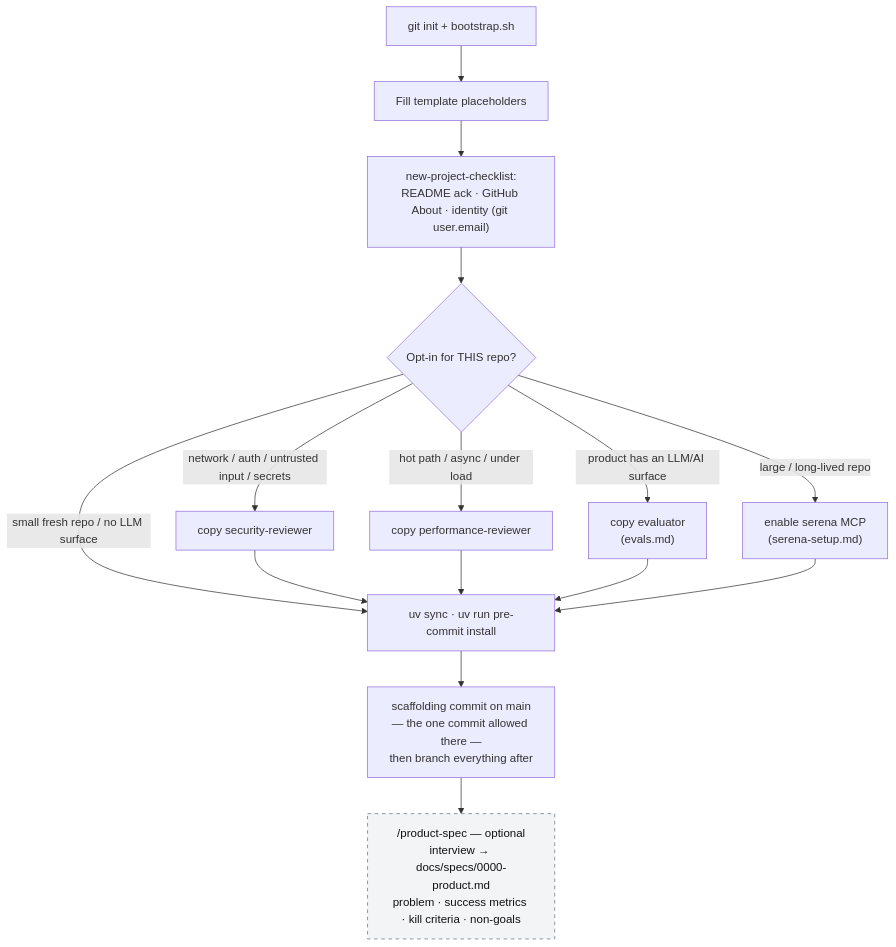
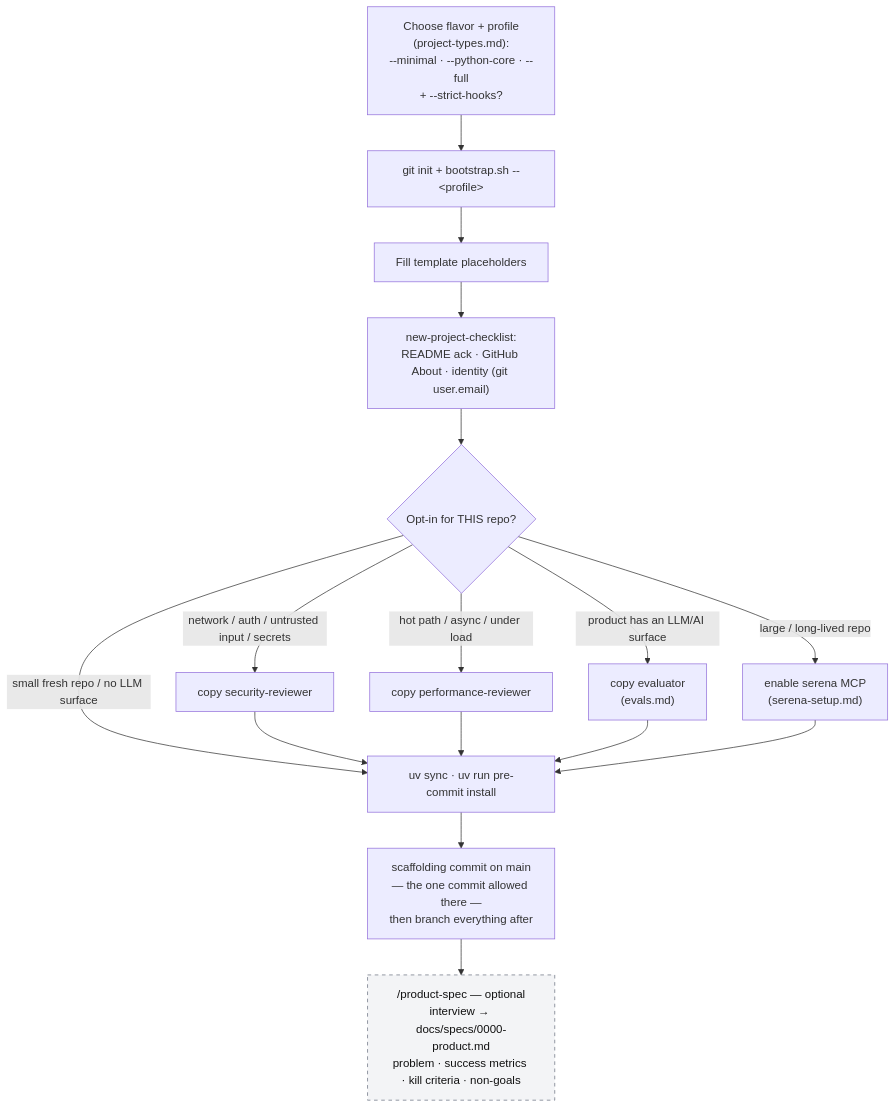
The second of 6 diagrams in python/docs/workflow-diagram.md (bbirkinbine/agentic-scaffold), drawn with Mermaid before and after one commit. The commit also changed other lines of this file and 9 other files, not shown here.

First line of the commit message:
Add project-types orientation doc and artifact-authoring flows

````diff
--- a/python/docs/workflow-diagram.md
+++ b/python/docs/workflow-diagram.md
@@ -38,20 +71,21 @@
 ```mermaid
 flowchart TD
-    A["git init + bootstrap.sh"] --> B["Fill template placeholders"]
+    A0["Choose flavor + profile<br/>(project-types.md):<br/>--minimal · --python-core · --full<br/>+ --strict-hooks?"] --> A["git init + bootstrap.sh --&lt;profile&gt;"]
+    A --> B["Fill template placeholders"]
     B --> C["new-project-checklist:<br/>README ack · GitHub About · identity (git user.email)"]
     C --> D{"Opt-in for THIS repo?"}
     D -->|"network / auth / untrusted input / secrets"| D1["copy security-reviewer"]
     D -->|"hot path / async / under load"| D2["copy performance-reviewer"]
     D -->|"product has an LLM/AI surface"| D4["copy evaluator<br/>(evals.md)"]
     D -->|"large / long-lived repo"| D3["enable serena MCP<br/>(serena-setup.md)"]
     D -->|"small fresh repo / no LLM surface"| E
     D1 --> E
     D2 --> E
     D4 --> E
     D3 --> E
     E["uv sync · uv run pre-commit install"] --> F["scaffolding commit on main<br/>— the one commit allowed there —<br/>then branch everything after"]
     F --> G["/product-spec — optional<br/>interview → docs/specs/0000-product.md<br/>problem · success metrics · kill criteria · non-goals"]
 
     classDef optional fill:#f3f4f6,stroke:#6b7280,color:#111,stroke-dasharray: 5 5;
     class G optional;
 ```
````
